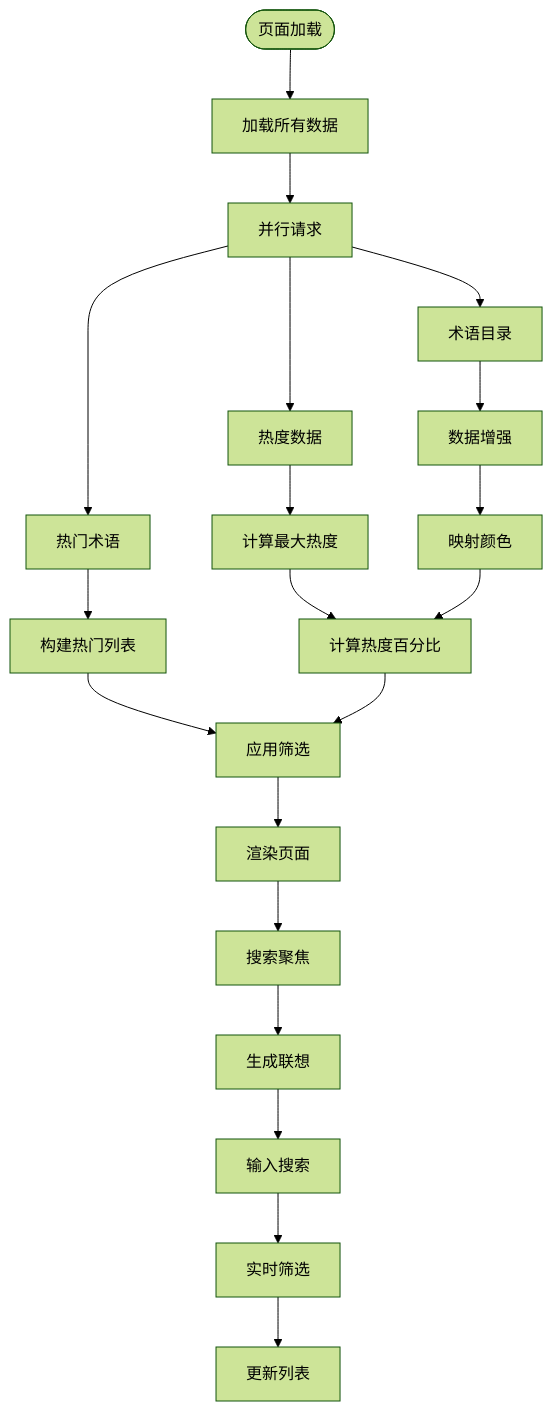
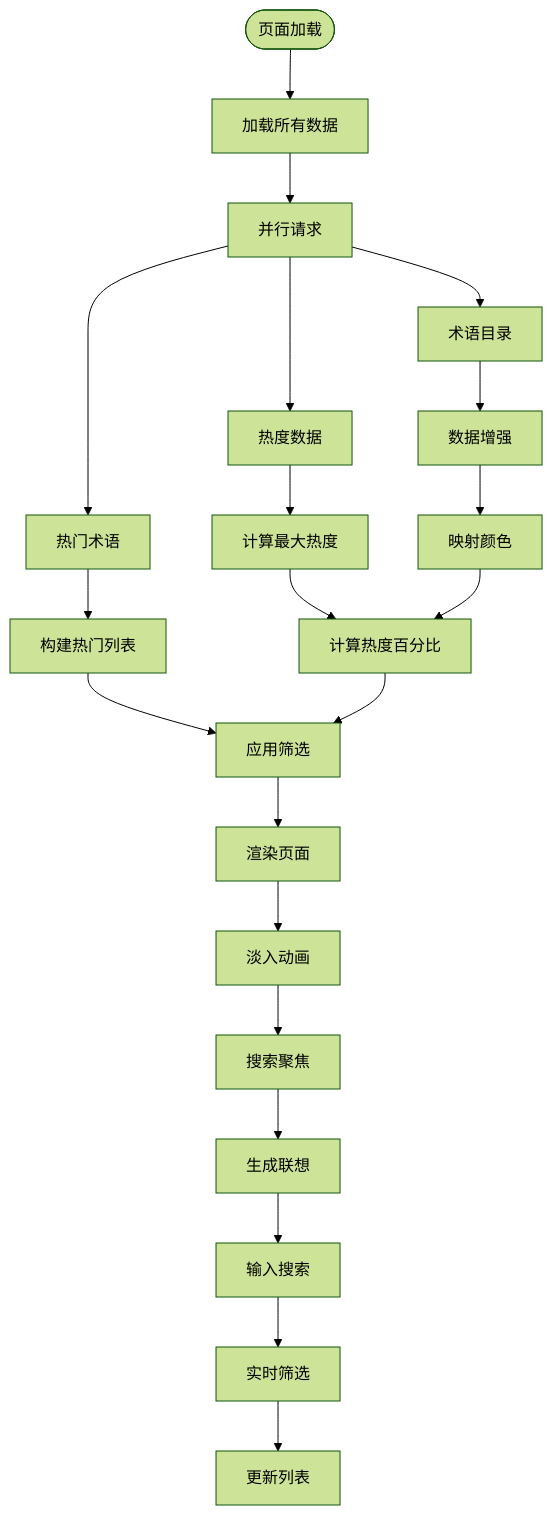
One commit to jianai0330/Fast-F1 changed the third of 6 diagrams in .qoder/repowiki/zh/content/微信小程序前端/核心页面功能/术语表页面.md. Above: the diagram before and after it, drawn with Mermaid (forest theme). The commit also changed other lines of this file and 22 other files, not shown here.

````diff
--- a/.qoder/repowiki/zh/content/微信小程序前端/核心页面功能/术语表页面.md
+++ b/.qoder/repowiki/zh/content/微信小程序前端/核心页面功能/术语表页面.md
@@ -158,22 +169,23 @@
 ```mermaid
 flowchart TD
 Start([页面加载]) --> LoadData[加载所有数据]
 LoadData --> Parallel[并行请求]
 Parallel --> Catalog[术语目录]
 Parallel --> Hot[热度数据]
 Parallel --> Popular[热门术语]
 Catalog --> Enrich[数据增强]
 Hot --> CalcMax[计算最大热度]
 Popular --> BuildPopular[构建热门列表]
 Enrich --> MapColors[映射颜色]
 CalcMax --> CalcPercent[计算热度百分比]
 BuildPopular --> ApplyFilter[应用筛选]
 MapColors --> CalcPercent
 CalcPercent --> ApplyFilter
 ApplyFilter --> Render[渲染页面]
-Render --> SearchFocus[搜索聚焦]
+Render --> FadeIn[淡入动画]
+FadeIn --> SearchFocus[搜索聚焦]
 SearchFocus --> Suggestions[生成联想]
 Suggestions --> SearchInput[输入搜索]
 SearchInput --> Filter[实时筛选]
 Filter --> UpdateList[更新列表]
 ```
````
